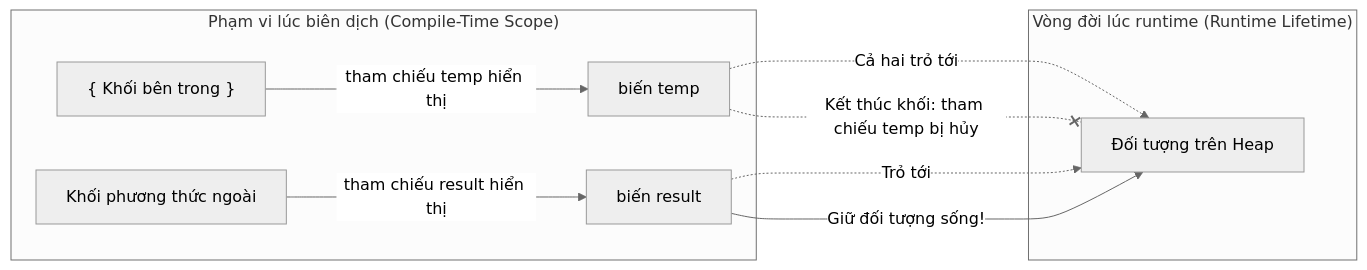
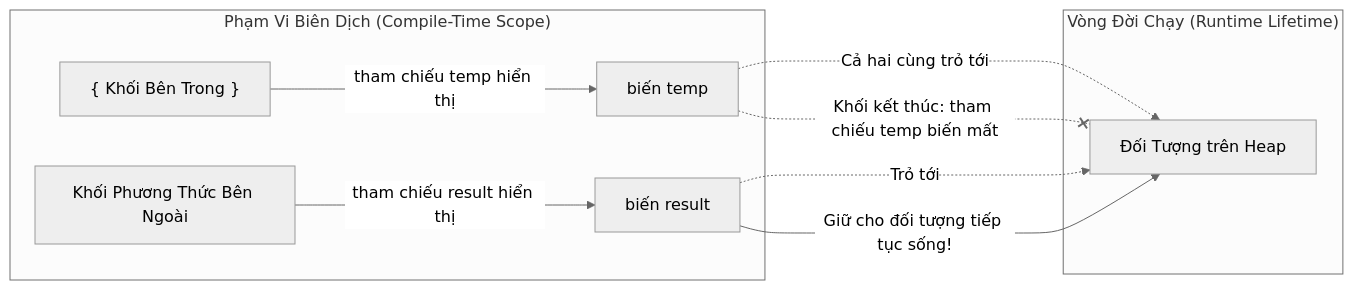
Before and after one commit to PhuThien2005/theoretical-of-java-core: the second of 2 diagrams in vi/04-variables-constants/theory/03-default-scope-lifetime.md, drawn with Mermaid (neutral theme). The commit also changed other lines of this file and 229 other files, not shown here.

````diff
--- a/vi/04-variables-constants/theory/03-default-scope-lifetime.md
+++ b/vi/04-variables-constants/theory/03-default-scope-lifetime.md
@@ -186,13 +182,13 @@
 ```mermaid
 flowchart LR
-    subgraph CompileTime ["Phạm vi lúc biên dịch (Compile-Time Scope)"]
-        B1["{ Khối bên trong }"] --->|tham chiếu temp hiển thị| R1["biến temp"]
-        B2["Khối phương thức ngoài"] --->|tham chiếu result hiển thị| R2["biến result"]
+    subgraph CompileTime ["Phạm Vi Biên Dịch (Compile-Time Scope)"]
+        B1["{ Khối Bên Trong }"] --->|tham chiếu temp hiển thị| R1["biến temp"]
+        B2["Khối Phương Thức Bên Ngoài"] --->|tham chiếu result hiển thị| R2["biến result"]
     end
-    subgraph Runtime ["Vòng đời lúc runtime (Runtime Lifetime)"]
-        R1 -.->|Cả hai trỏ tới| OBJ["Đối tượng trên Heap"]
+    subgraph Runtime ["Vòng Đời Chạy (Runtime Lifetime)"]
+        R1 -.->|Cả hai cùng trỏ tới| OBJ["Đối Tượng trên Heap"]
         R2 -.->|Trỏ tới| OBJ
-        R1 -.-x|Kết thúc khối: tham chiếu temp bị hủy| OBJ
-        R2 --->|Giữ đối tượng sống!| OBJ
+        R1 -.-x|Khối kết thúc: tham chiếu temp biến mất| OBJ
+        R2 --->|Giữ cho đối tượng tiếp tục sống!| OBJ
     end
 ```
````
